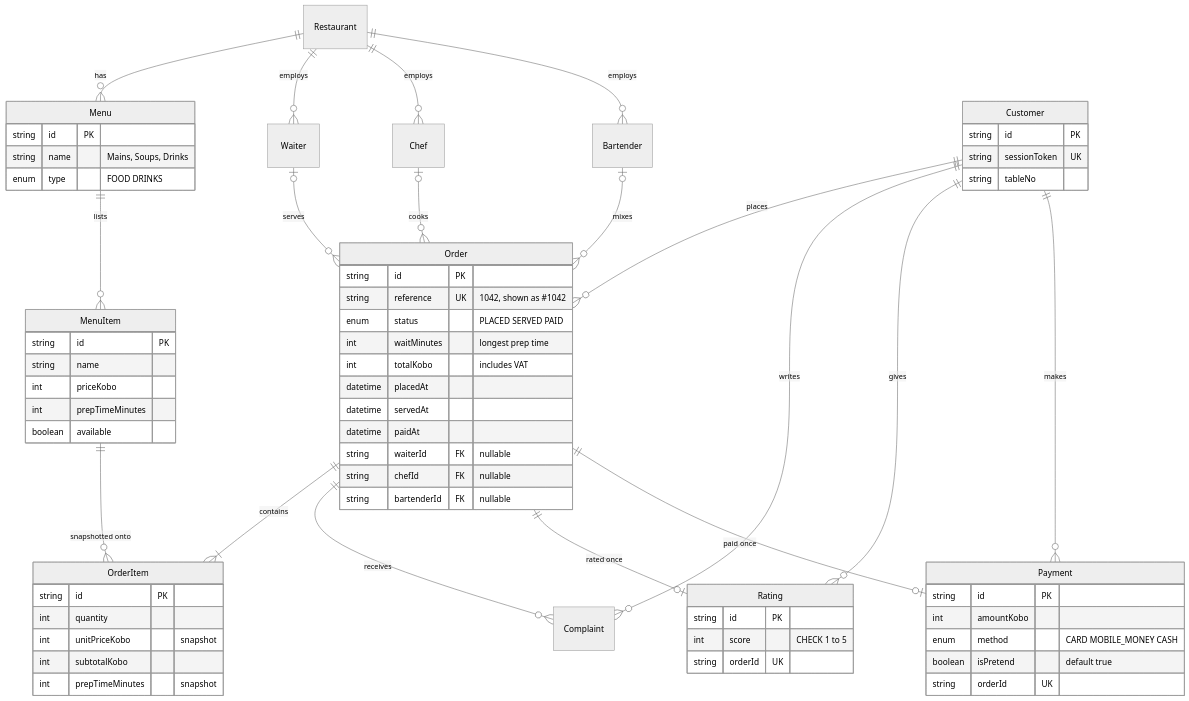
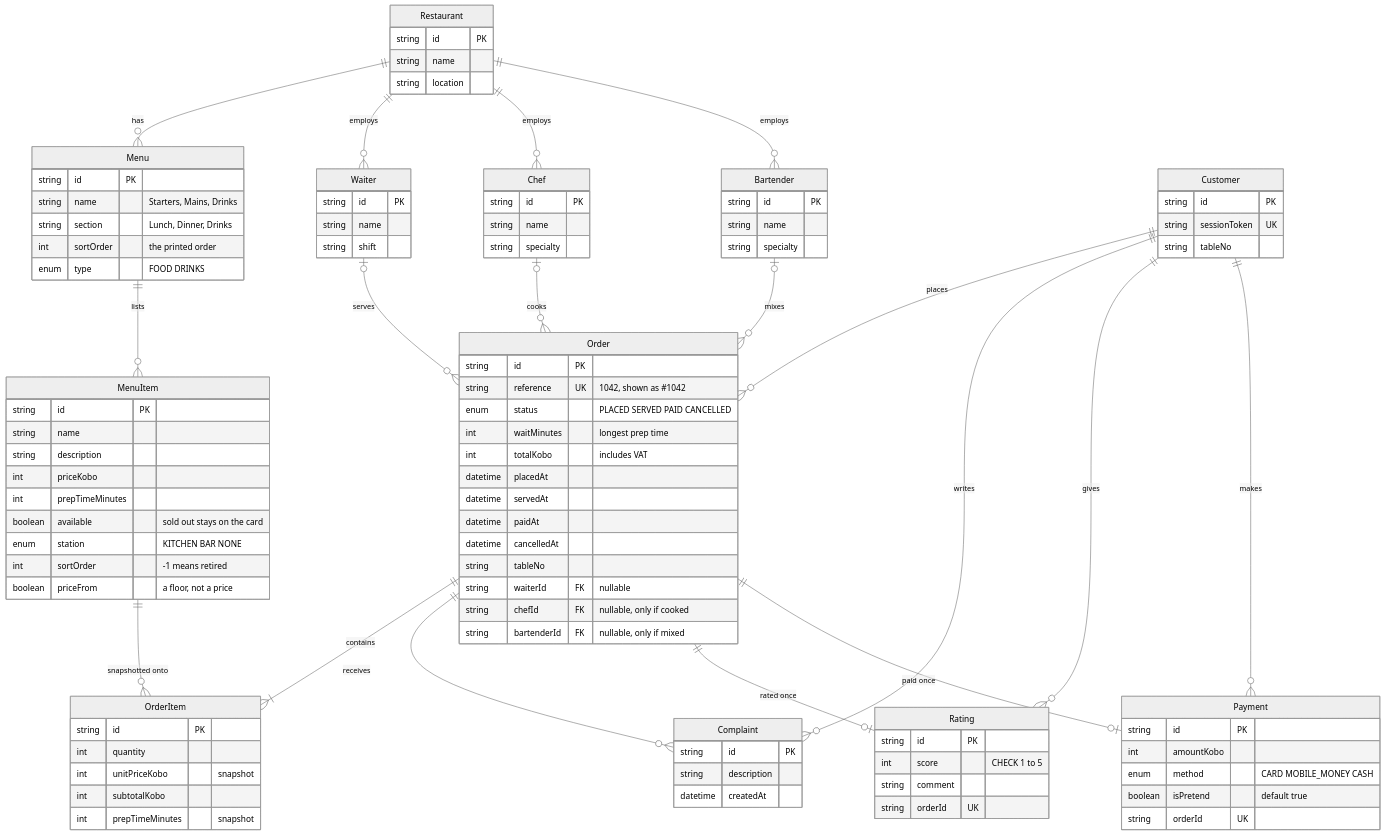
Before and after one commit to DebbyA007/CHOWLY: the diagram in README.md, drawn with Mermaid (neutral theme). The commit also changed 4 other files, not shown here.

```diff
--- a/README.md
+++ b/README.md
@@ -99,9 +99,9 @@
   Customer ||--o{ Order : places
   Order ||--|{ OrderItem : contains
   MenuItem ||--o{ OrderItem : "snapshotted onto"
-  Waiter o|--o{ Order : serves
-  Chef o|--o{ Order : cooks
-  Bartender o|--o{ Order : mixes
+  Waiter |o--o{ Order : serves
+  Chef |o--o{ Order : cooks
+  Bartender |o--o{ Order : mixes
   Order ||--o{ Complaint : receives
   Order ||--o| Rating : "rated once"
   Order ||--o| Payment : "paid once"
@@ -109,35 +109,63 @@
   Customer ||--o{ Rating : gives
   Customer ||--o{ Payment : makes
 
+  Restaurant {
+    string id PK
+    string name
+    string location
+  }
   Menu {
     string id PK
-    string name "Mains, Soups, Drinks"
+    string name "Starters, Mains, Drinks"
+    string section "Lunch, Dinner, Drinks"
+    int sortOrder "the printed order"
     enum type "FOOD DRINKS"
   }
   MenuItem {
     string id PK
     string name
+    string description
     int priceKobo
     int prepTimeMinutes
-    boolean available
+    boolean available "sold out stays on the card"
+    enum station "KITCHEN BAR NONE"
+    int sortOrder "-1 means retired"
+    boolean priceFrom "a floor, not a price"
   }
   Customer {
     string id PK
     string sessionToken UK
     string tableNo
   }
+  Waiter {
+    string id PK
+    string name
+    string shift
+  }
+  Chef {
+    string id PK
+    string name
+    string specialty
+  }
+  Bartender {
+    string id PK
+    string name
+    string specialty
+  }
   Order {
     string id PK
     string reference UK "1042, shown as #1042"
-    enum status "PLACED SERVED PAID"
+    enum status "PLACED SERVED PAID CANCELLED"
     int waitMinutes "longest prep time"
     int totalKobo "includes VAT"
     datetime placedAt
     datetime servedAt
     datetime paidAt
+    datetime cancelledAt
+    string tableNo
     string waiterId FK "nullable"
-    string chefId FK "nullable"
-    string bartenderId FK "nullable"
+    string chefId FK "nullable, only if cooked"
+    string bartenderId FK "nullable, only if mixed"
   }
   OrderItem {
     string id PK
@@ -146,9 +174,15 @@
     int subtotalKobo
     int prepTimeMinutes "snapshot"
   }
+  Complaint {
+    string id PK
+    string description
+    datetime createdAt
+  }
   Rating {
     string id PK
     int score "CHECK 1 to 5"
+    string comment
     string orderId UK
   }
   Payment {
```
